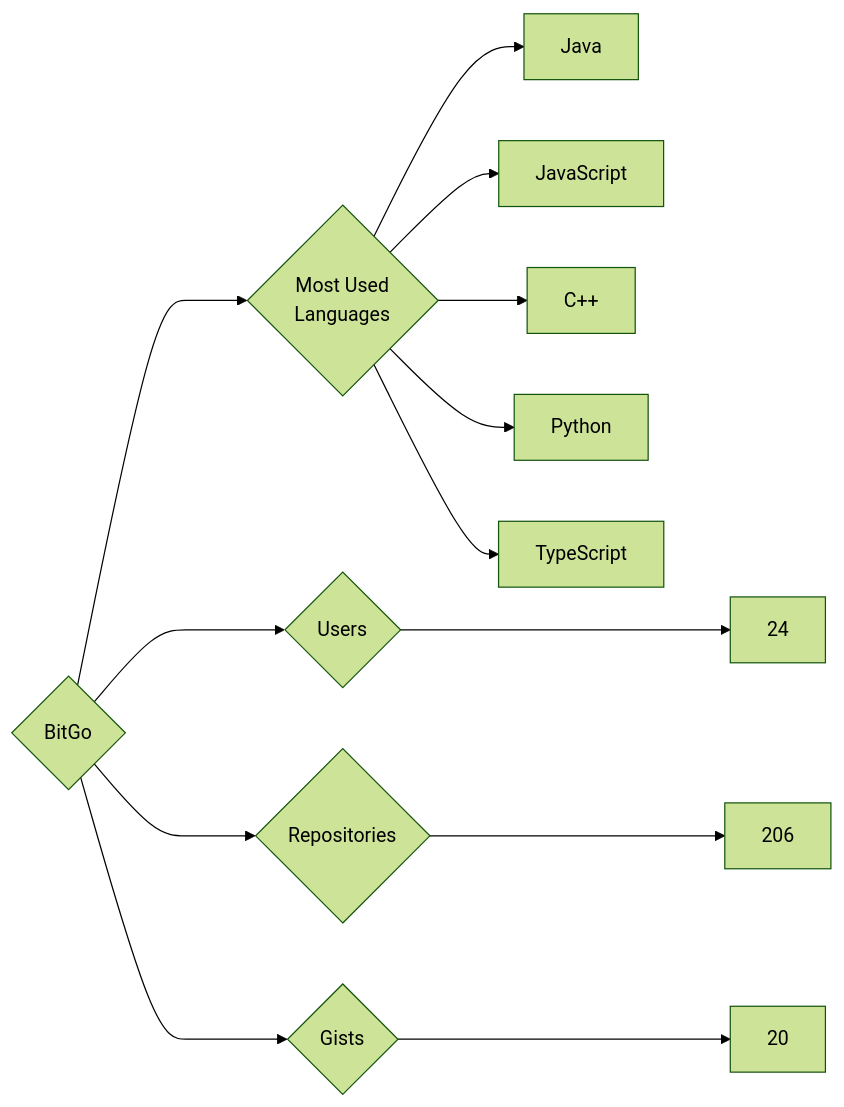
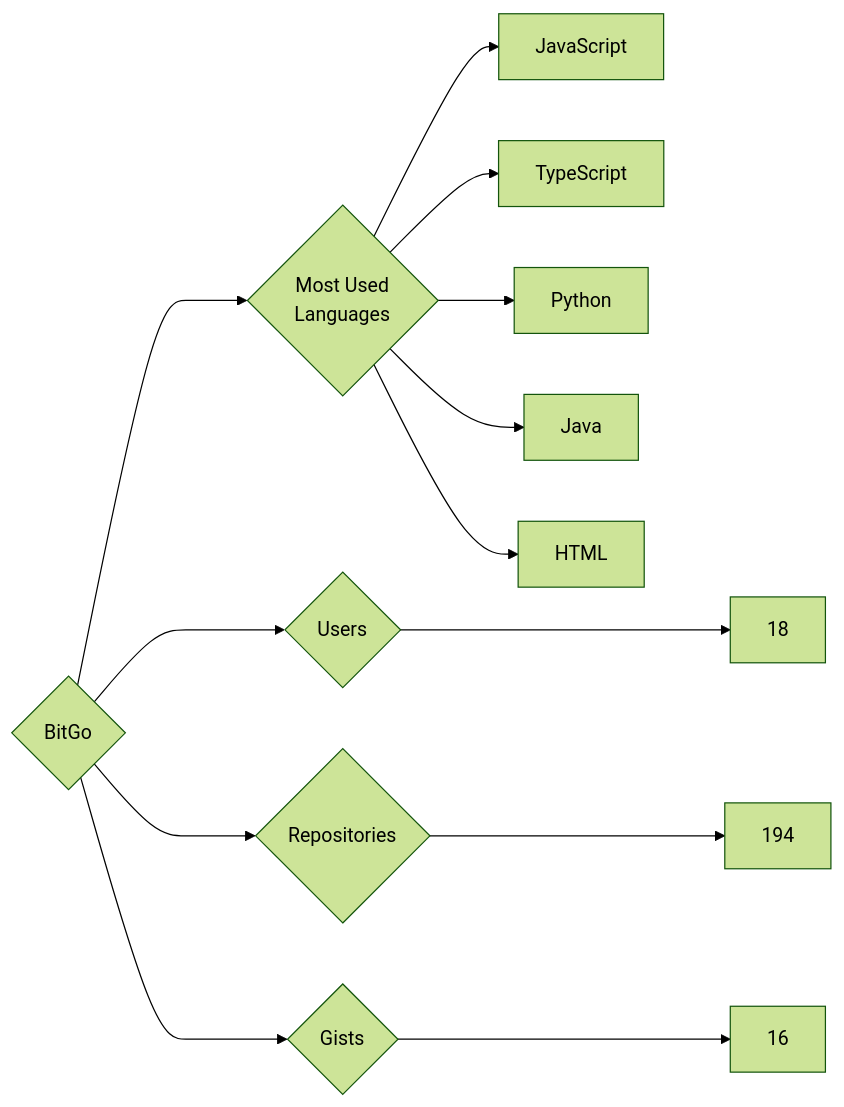
One commit to trickest/insiders changed the diagram in targets/BitGo/README.md. Above: the diagram before and after it, drawn with Mermaid (forest theme). The commit also changed 870 other files, not shown here.

````diff
--- a/targets/BitGo/README.md
+++ b/targets/BitGo/README.md
@@ -3,13 +3,13 @@
 ```mermaid
 graph LR
 COMPANY_NAME{BitGo}
-COMPANY_NAME ---> U{Users} ---> UN[24]
-COMPANY_NAME ---> R{Repositories} ---> RN[206]
-COMPANY_NAME ---> G{Gists} ---> GN[20]
+COMPANY_NAME ---> U{Users} ---> UN[18]
+COMPANY_NAME ---> R{Repositories} ---> RN[194]
+COMPANY_NAME ---> G{Gists} ---> GN[16]
 COMPANY_NAME ---> ML{Most Used<br>Languages}
+ML --> JavaScript[JavaScript]
+ML --> TypeScript[TypeScript]
+ML --> Python[Python]
 ML --> Java[Java]
-ML --> JavaScript[JavaScript]
-ML --> C++[C++]
-ML --> Python[Python]
-ML --> TypeScript[TypeScript]
+ML --> HTML[HTML]
 ```
````
